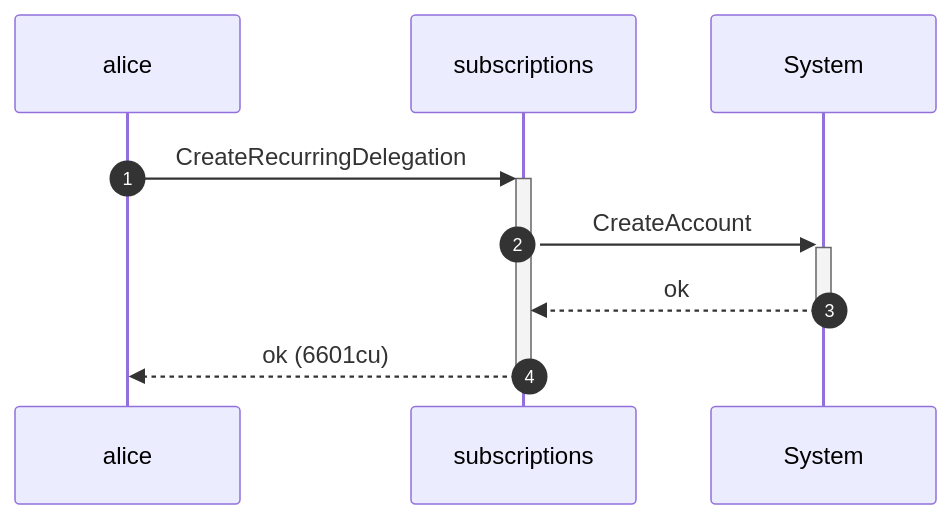
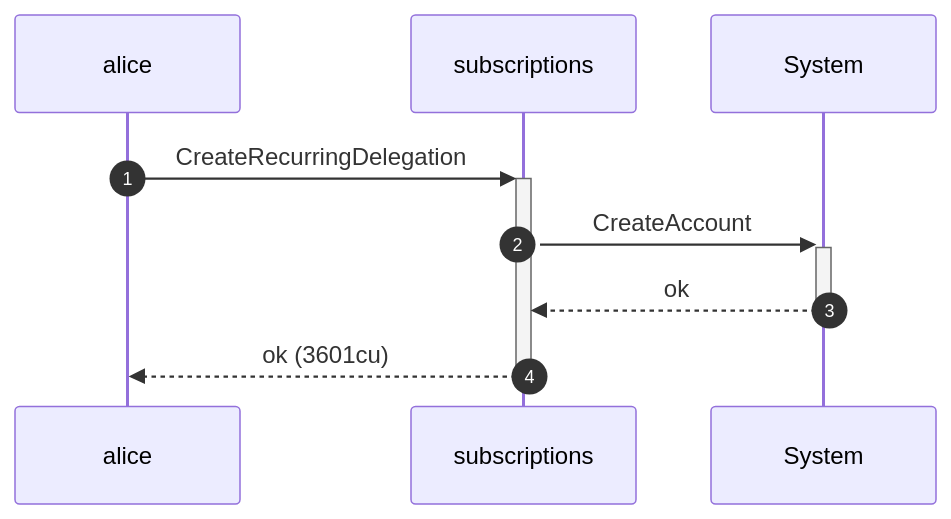
One commit to cds-rs/subscriptions changed the sixth of 8 diagrams in dsl_tests/a-sponsor-cannot-revoke-a-non-expired-recurring-delegation.md. Above: the diagram before and after it, drawn with Mermaid. The commit also changed other lines of this file and 224 other files, not shown here.

````diff
--- a/dsl_tests/a-sponsor-cannot-revoke-a-non-expired-recurring-delegation.md
+++ b/dsl_tests/a-sponsor-cannot-revoke-a-non-expired-recurring-delegation.md
@@ -117,11 +123,11 @@
 ```mermaid
 sequenceDiagram
     autonumber
     participant alice
     participant subscriptions
     participant System
     alice ->>+ subscriptions: CreateRecurringDelegation
     subscriptions ->>+ System: CreateAccount
     System -->>- subscriptions: ok
-    subscriptions -->>- alice: ok (6601cu)
+    subscriptions -->>- alice: ok (3601cu)
 ```
````
